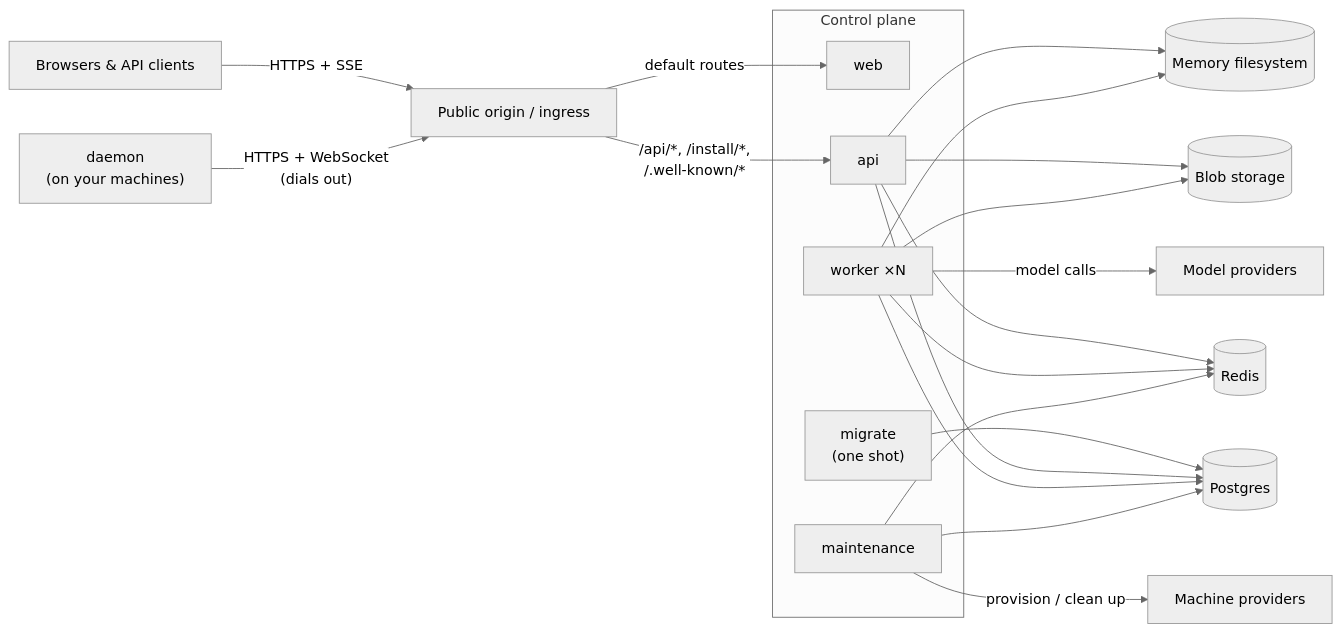
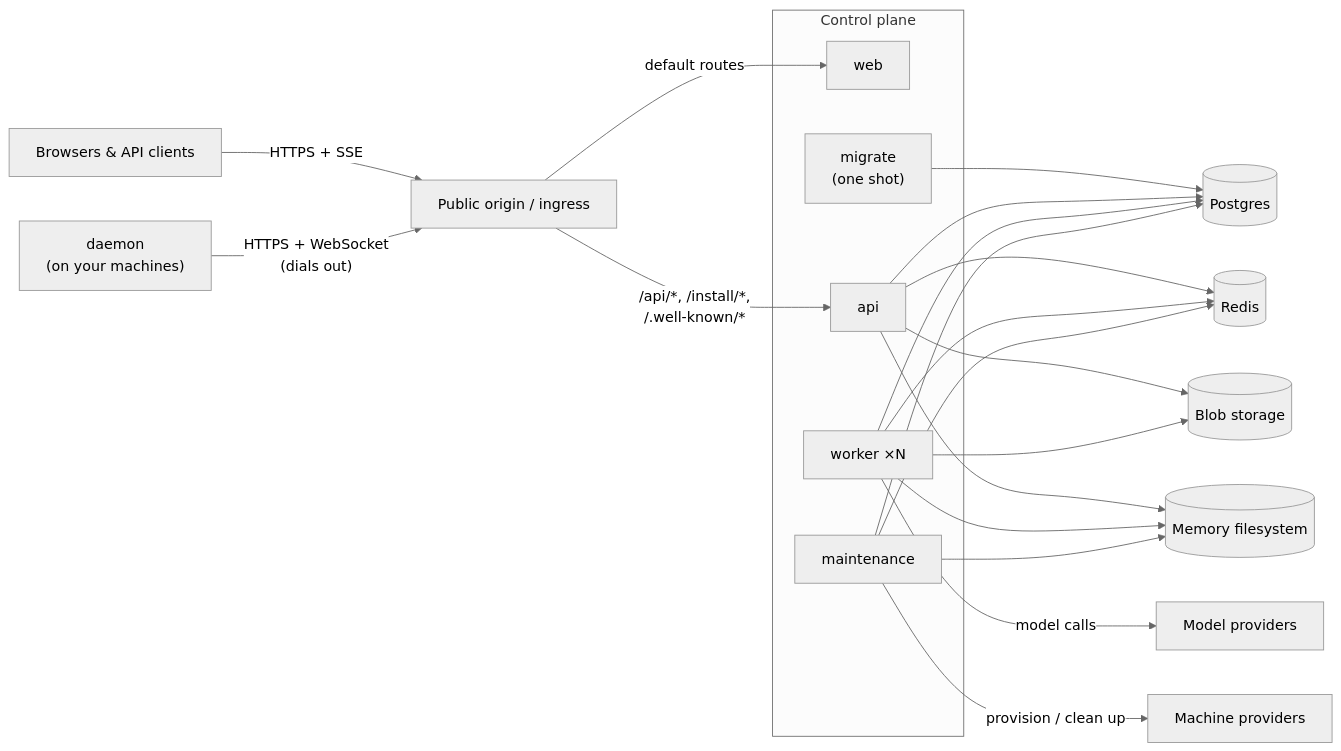
One commit to omnara-ai/omnara changed the diagram in docs/self-hosting/architecture.mdx. Above: the diagram before and after it, drawn with Mermaid (neutral theme). The commit also changed other lines of this file and 28 other files, not shown here.

Commit message:
feat: remove deleted memory files in a maintenance job

````diff
--- a/docs/self-hosting/architecture.mdx
+++ b/docs/self-hosting/architecture.mdx
@@ -7,29 +7,30 @@
 ```mermaid
 flowchart LR
   clients["Browsers & API clients"] -- "HTTPS + SSE" --> ingress["Public origin / ingress"]
   daemon["daemon<br/>(on your machines)"] -- "HTTPS + WebSocket<br/>(dials out)" --> ingress
 
   subgraph cp["Control plane"]
     web["web"]
     migrate["migrate<br/>(one shot)"]
     api["api"]
     worker["worker ×N"]
     maintenance["maintenance"]
   end
 
   ingress -- "default routes" --> web
   ingress -- "/api/*, /install/*,<br/>/.well-known/*" --> api
   migrate --> pg[("Postgres")]
   api --> pg
   api --> redis[("Redis")]
   api --> blob[("Blob storage")]
   api --> memory[("Memory filesystem")]
   worker --> pg
   worker --> redis
   worker --> blob
   worker --> memory
   worker -- "model calls" --> providers["Model providers"]
   maintenance --> pg
   maintenance --> redis
+  maintenance --> memory
   maintenance -- "provision / clean up" --> mp["Machine providers"]
 ```
````
